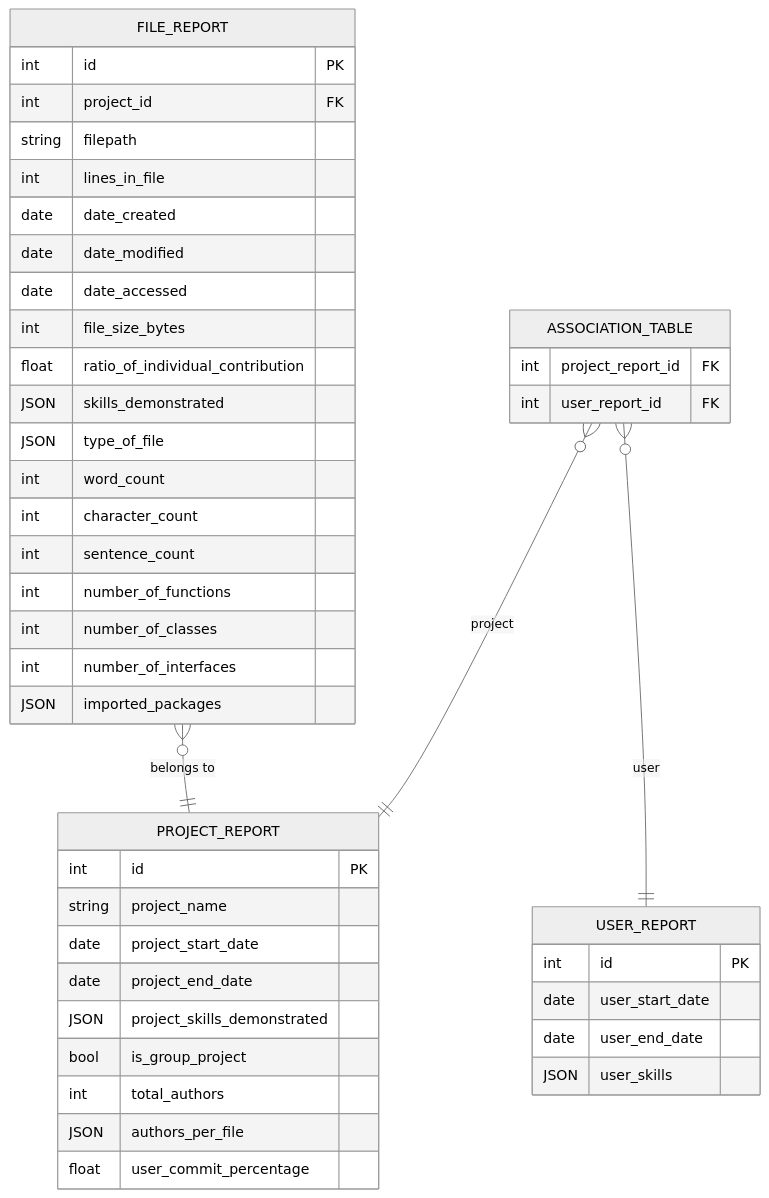
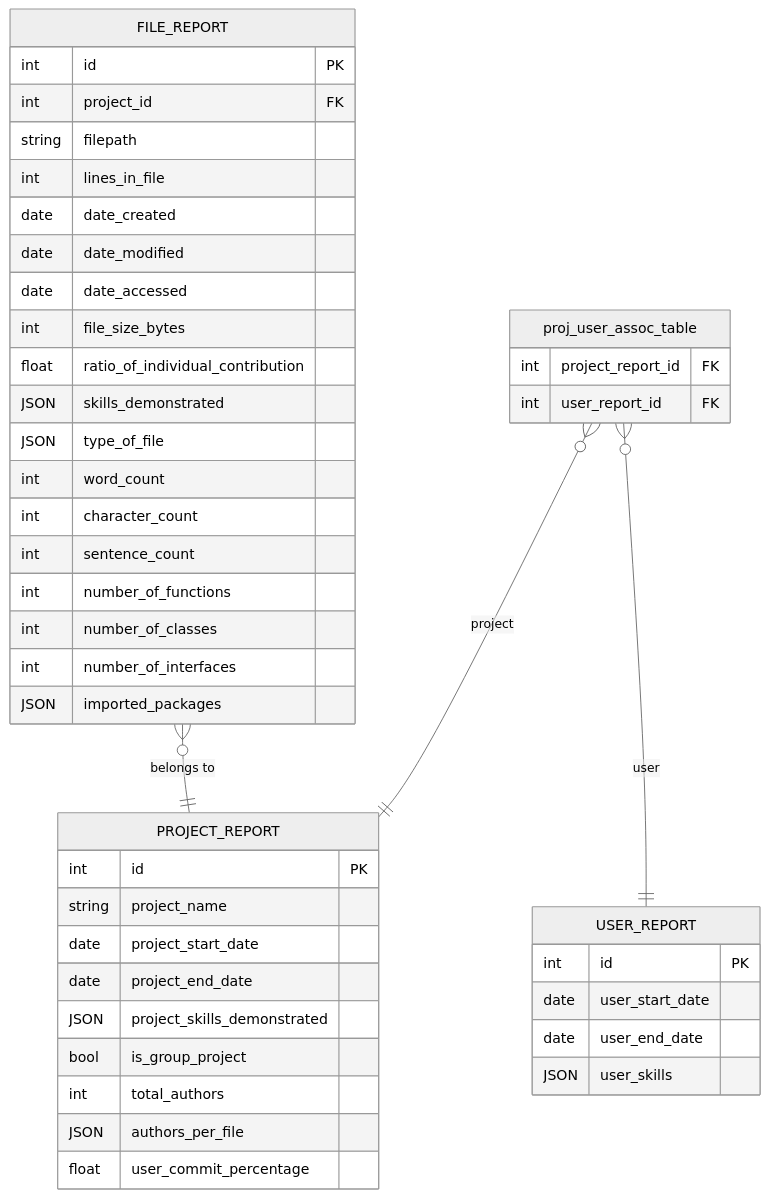
The diagram in src/infrastructure/database/README.md (COSC-499-W2025/capstone-project-team-18), drawn with Mermaid (neutral theme) before and after one commit. The commit also changed other lines of this file and 6 other files, not shown here.

Commit message:
rename `association_table` to `proj_user_assoc_table`

````diff
--- a/src/infrastructure/database/README.md
+++ b/src/infrastructure/database/README.md
@@ -40,53 +40,53 @@
 ``` mermaid
 erDiagram
 
     FILE_REPORT {
         int id PK
         int project_id FK
         string filepath
         int lines_in_file
         date date_created
         date date_modified
         date date_accessed
         int file_size_bytes
         float ratio_of_individual_contribution
         JSON skills_demonstrated
         JSON type_of_file
         int word_count
         int character_count
         int sentence_count
         int number_of_functions
         int number_of_classes
         int number_of_interfaces
         JSON imported_packages
     }
 
     PROJECT_REPORT {
         int id PK
         string project_name
         date project_start_date
         date project_end_date
         JSON project_skills_demonstrated
         bool is_group_project
         int total_authors
         JSON authors_per_file
         float user_commit_percentage
     }
 
     USER_REPORT {
         int id PK
         date user_start_date
         date user_end_date
         JSON user_skills
     }
 
-    ASSOCIATION_TABLE {
+    proj_user_assoc_table {
         int project_report_id FK
         int user_report_id FK
     }
 
     %% Relationships
     FILE_REPORT }o--|| PROJECT_REPORT : "belongs to"
-    ASSOCIATION_TABLE }o--|| PROJECT_REPORT : "project"
-    ASSOCIATION_TABLE }o--|| USER_REPORT : "user"
+    proj_user_assoc_table }o--|| PROJECT_REPORT : "project"
+    proj_user_assoc_table }o--|| USER_REPORT : "user"
 ```
````
